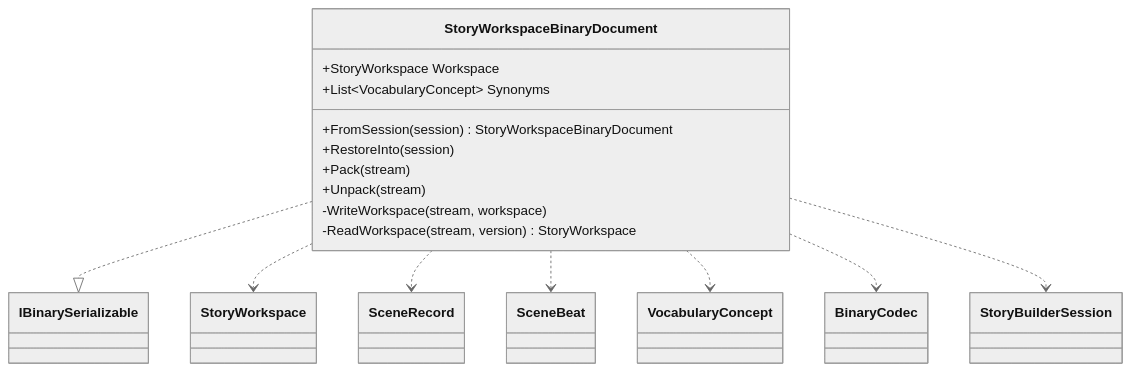
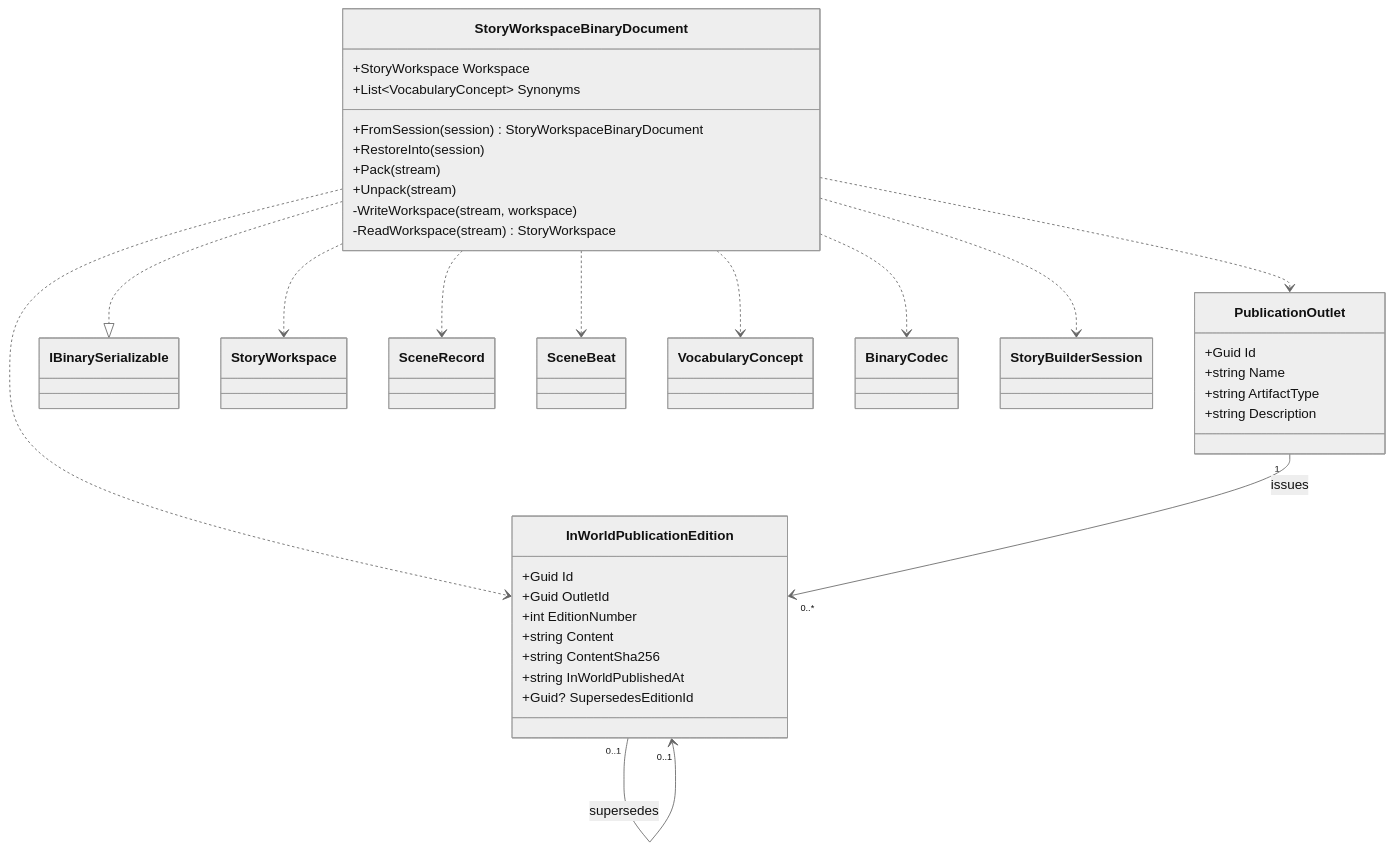
One commit to TrentBest/StoryBuilder changed the diagram in docs/UML/StoryWorkspaceBinaryDocumentUML.md. Above: the diagram before and after it, drawn with Mermaid (neutral theme). The commit also changed other lines of this file, not shown here.

Commit message:
Update persistence UML for current schema and publications

````diff
--- a/docs/UML/StoryWorkspaceBinaryDocumentUML.md
+++ b/docs/UML/StoryWorkspaceBinaryDocumentUML.md
@@ -5,20 +5,39 @@
 ```mermaid
 classDiagram
     class StoryWorkspaceBinaryDocument {
         +StoryWorkspace Workspace
         +List~VocabularyConcept~ Synonyms
         +FromSession(session) StoryWorkspaceBinaryDocument
         +RestoreInto(session)
         +Pack(stream)
         +Unpack(stream)
         -WriteWorkspace(stream, workspace)
-        -ReadWorkspace(stream, version) StoryWorkspace
+        -ReadWorkspace(stream) StoryWorkspace
+    }
+    class PublicationOutlet {
+        +Guid Id
+        +string Name
+        +string ArtifactType
+        +string Description
+    }
+    class InWorldPublicationEdition {
+        +Guid Id
+        +Guid OutletId
+        +int EditionNumber
+        +string Content
+        +string ContentSha256
+        +string InWorldPublishedAt
+        +Guid? SupersedesEditionId
     }
     StoryWorkspaceBinaryDocument ..|> IBinarySerializable
     StoryWorkspaceBinaryDocument ..> StoryWorkspace
     StoryWorkspaceBinaryDocument ..> SceneRecord
     StoryWorkspaceBinaryDocument ..> SceneBeat
+    StoryWorkspaceBinaryDocument ..> PublicationOutlet
+    StoryWorkspaceBinaryDocument ..> InWorldPublicationEdition
     StoryWorkspaceBinaryDocument ..> VocabularyConcept
     StoryWorkspaceBinaryDocument ..> BinaryCodec
     StoryWorkspaceBinaryDocument ..> StoryBuilderSession
+    PublicationOutlet "1" --> "0..*" InWorldPublicationEdition : issues
+    InWorldPublicationEdition "0..1" --> "0..1" InWorldPublicationEdition : supersedes
 ```
````
